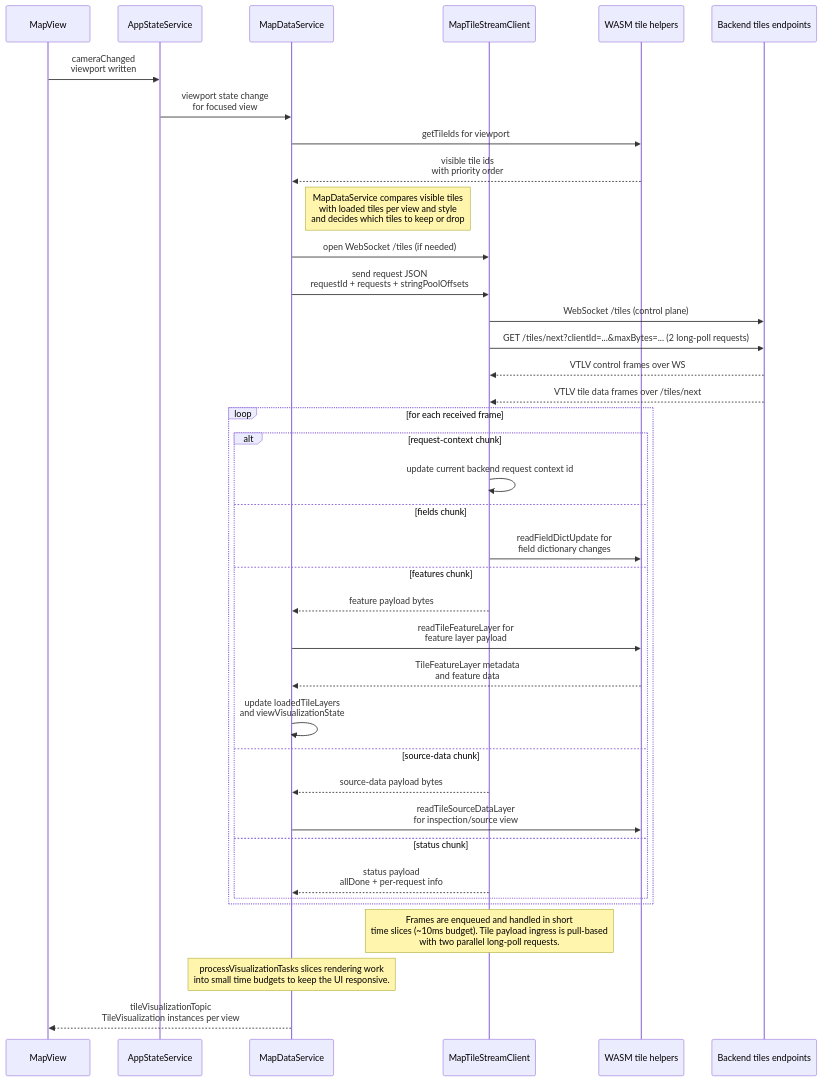
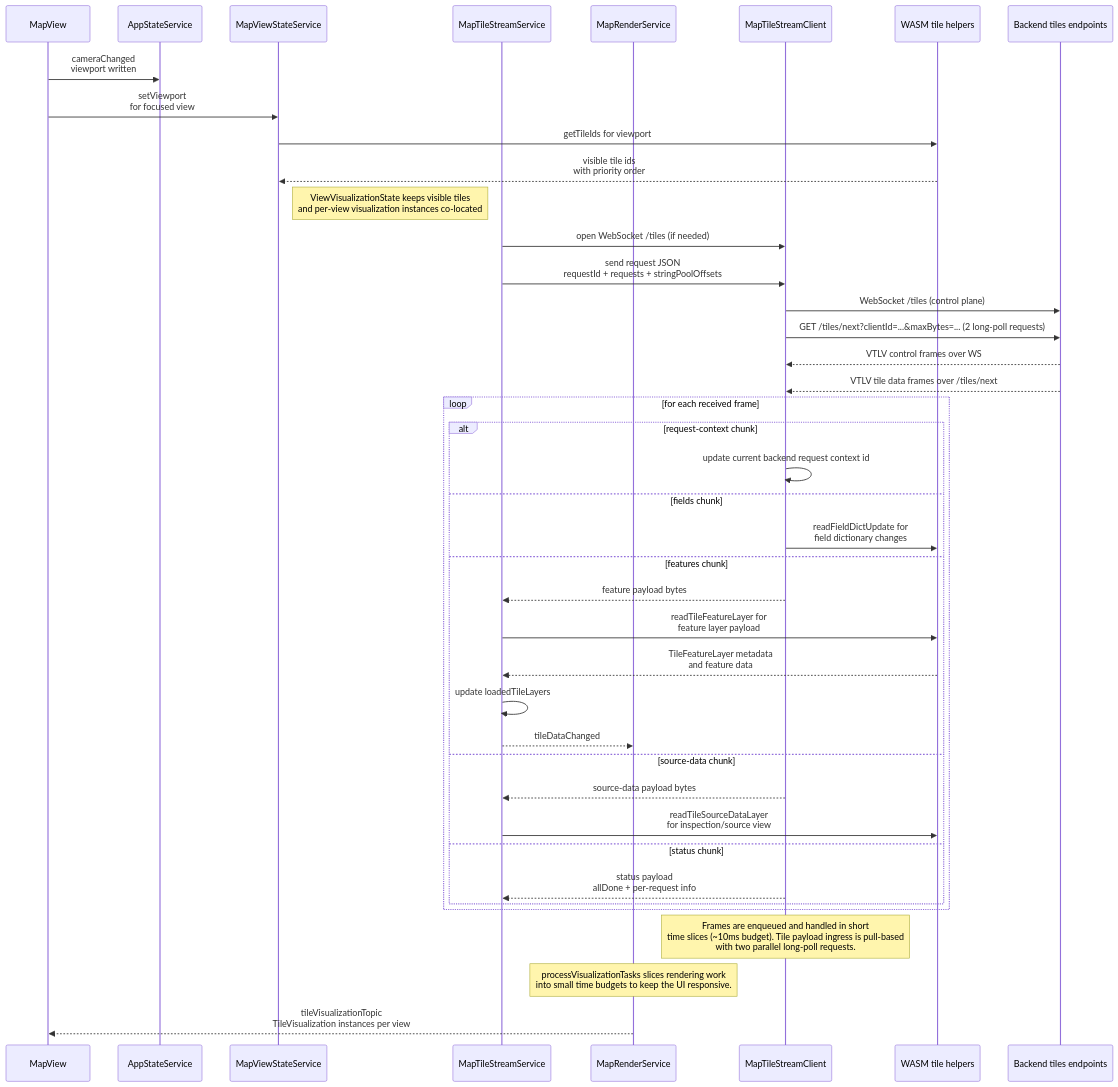
The seventh of 10 diagrams in docs/erdblick-dev-guide.md (ndsev/erdblick), drawn with Mermaid before and after one commit. The commit also changed other lines of this file and 43 other files, not shown here.

Commit message:
Split up the MapDataService

````diff
--- a/docs/erdblick-dev-guide.md
+++ b/docs/erdblick-dev-guide.md
@@ -354,46 +439,49 @@
 ```mermaid
 sequenceDiagram
   participant View as MapView
   participant State as AppStateService
-  participant MapSvc as MapDataService
+  participant ViewState as MapViewStateService
+  participant TileStreamSvc as MapTileStreamService
+  participant RenderSvc as MapRenderService
   participant TilesWS as MapTileStreamClient
   participant Core as WASM tile helpers
   participant Backend as Backend tiles endpoints
 
   View->>State: cameraChanged<br>viewport written
-  State->>MapSvc: viewport state change<br>for focused view
-  MapSvc->>Core: getTileIds for viewport
-  Core-->>MapSvc: visible tile ids<br>with priority order
+  View->>ViewState: setViewport<br>for focused view
+  ViewState->>Core: getTileIds for viewport
+  Core-->>ViewState: visible tile ids<br>with priority order
 
-  Note right of MapSvc: MapDataService compares visible tiles<br>with loaded tiles per view and style<br>and decides which tiles to keep or drop
+  Note right of ViewState: ViewVisualizationState keeps visible tiles<br>and per-view visualization instances co-located
 
-  MapSvc->>TilesWS: open WebSocket /tiles (if needed)
-  MapSvc->>TilesWS: send request JSON<br>requestId + requests + stringPoolOffsets
+  TileStreamSvc->>TilesWS: open WebSocket /tiles (if needed)
+  TileStreamSvc->>TilesWS: send request JSON<br>requestId + requests + stringPoolOffsets
   TilesWS->>Backend: WebSocket /tiles (control plane)
   TilesWS->>Backend: GET /tiles/next?clientId=...&maxBytes=... (2 long-poll requests)
   Backend-->>TilesWS: VTLV control frames over WS
   Backend-->>TilesWS: VTLV tile data frames over /tiles/next
 
   loop for each received frame
     alt request-context chunk
       TilesWS->>TilesWS: update current backend request context id
     else fields chunk
       TilesWS->>Core: readFieldDictUpdate for<br>field dictionary changes
     else features chunk
-      TilesWS-->>MapSvc: feature payload bytes
-      MapSvc->>Core: readTileFeatureLayer for<br>feature layer payload
-      Core-->>MapSvc: TileFeatureLayer metadata<br>and feature data
-      MapSvc->>MapSvc: update loadedTileLayers<br>and viewVisualizationState
+      TilesWS-->>TileStreamSvc: feature payload bytes
+      TileStreamSvc->>Core: readTileFeatureLayer for<br>feature layer payload
+      Core-->>TileStreamSvc: TileFeatureLayer metadata<br>and feature data
+      TileStreamSvc->>TileStreamSvc: update loadedTileLayers
+      TileStreamSvc-->>RenderSvc: tileDataChanged
     else source-data chunk
-      TilesWS-->>MapSvc: source-data payload bytes
-      MapSvc->>Core: readTileSourceDataLayer<br>for inspection/source view
+      TilesWS-->>TileStreamSvc: source-data payload bytes
+      TileStreamSvc->>Core: readTileSourceDataLayer<br>for inspection/source view
     else status chunk
-      TilesWS-->>MapSvc: status payload<br>allDone + per-request info
+      TilesWS-->>TileStreamSvc: status payload<br>allDone + per-request info
     end
   end
 
   Note over TilesWS: Frames are enqueued and handled in short<br>time slices (~10ms budget). Tile payload ingress is pull-based<br>with two parallel long-poll requests.
-  Note over MapSvc: processVisualizationTasks slices rendering work<br>into small time budgets to keep the UI responsive.
+  Note over RenderSvc: processVisualizationTasks slices rendering work<br>into small time budgets to keep the UI responsive.
 
-  MapSvc-->>View: tileVisualizationTopic<br>TileVisualization instances per view
+  RenderSvc-->>View: tileVisualizationTopic<br>TileVisualization instances per view
 ```
````
